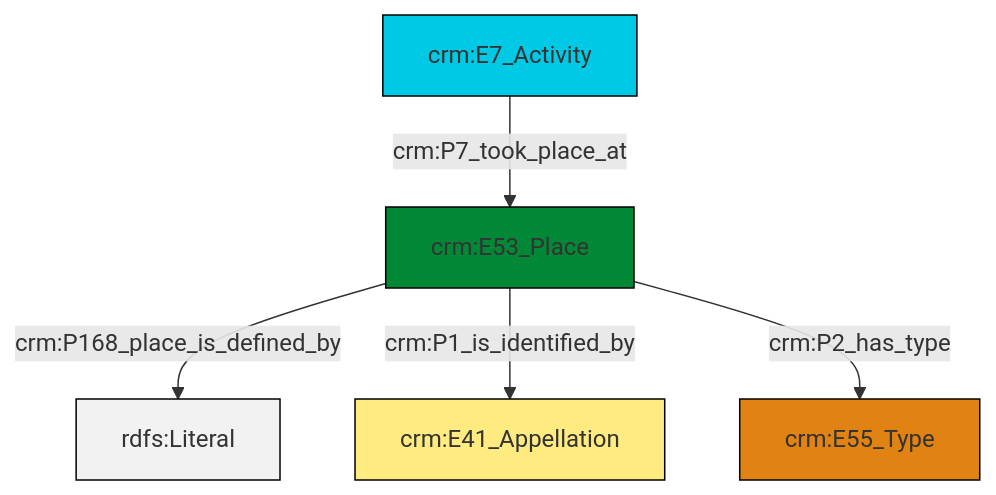
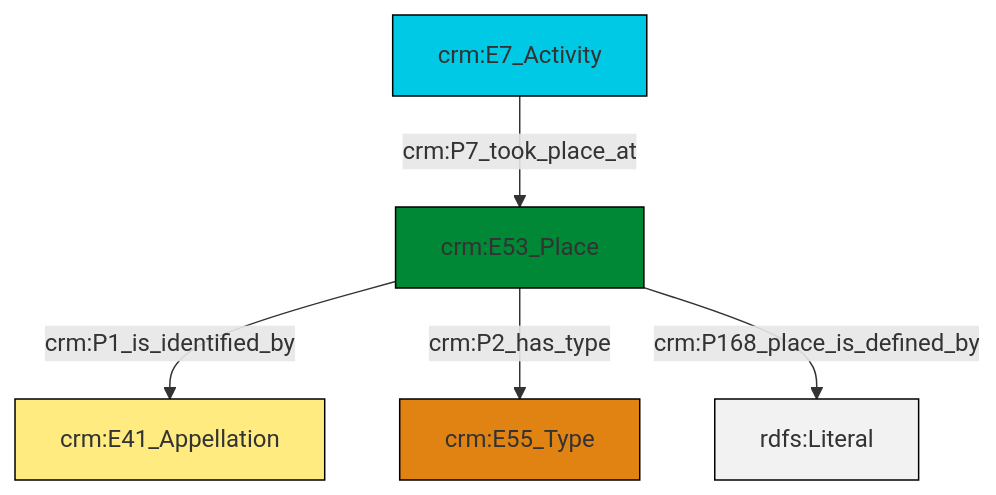
One commit to swiss-art-research-net/reference-data-models changed the diagram in et/eventCSV/ttl/mmd/event_location.ttl.mmd. Above: the diagram before and after it, drawn with Mermaid. The commit also changed 119 other files, not shown here.

```diff
--- a/et/eventCSV/ttl/mmd/event_location.ttl.mmd
+++ b/et/eventCSV/ttl/mmd/event_location.ttl.mmd
@@ -1,19 +1,19 @@
 graph TD
 classDef Literal fill:#f2f2f2,stroke:#000000;
 classDef CRM_Entity fill:#FFFFFF,stroke:#000000;
 classDef Temporal_Entity fill:#00C9E6, stroke:#000000;
 classDef Type fill:#E18312, stroke:#000000;
 classDef Time-Span fill:#2C9C91, stroke:#000000;
 classDef Appellation fill:#FFEB7F, stroke:#000000;
 classDef Place fill:#008836, stroke:#000000;
 classDef Persistent_Item fill:#B266B2, stroke:#000000;
 classDef Conceptual_Object fill:#FFD700, stroke:#000000;
 classDef Physical_Thing fill:#D2B48C, stroke:#000000;
 classDef Actor fill:#f58aad, stroke:#000000;
 classDef PC_Classes fill:#4ce600, stroke:#000000;
 classDef Multi fill:#cccccc,stroke:#000000;
 
-0["crm:E53_Place"]:::Place -->|crm:P168_place_is_defined_by| 1[rdfs:Literal]:::Literal
-2["crm:E7_Activity"]:::Temporal_Entity -->|crm:P7_took_place_at| 0["crm:E53_Place"]:::Place
-0["crm:E53_Place"]:::Place -->|crm:P1_is_identified_by| 4["crm:E41_Appellation"]:::Appellation
-0["crm:E53_Place"]:::Place -->|crm:P2_has_type| 5["crm:E55_Type"]:::Type
+2["crm:E53_Place"]:::Place -->|crm:P1_is_identified_by| 3["crm:E41_Appellation"]:::Appellation
+0["crm:E7_Activity"]:::Temporal_Entity -->|crm:P7_took_place_at| 2["crm:E53_Place"]:::Place
+2["crm:E53_Place"]:::Place -->|crm:P2_has_type| 4["crm:E55_Type"]:::Type
+2["crm:E53_Place"]:::Place -->|crm:P168_place_is_defined_by| 8[rdfs:Literal]:::Literal
```
